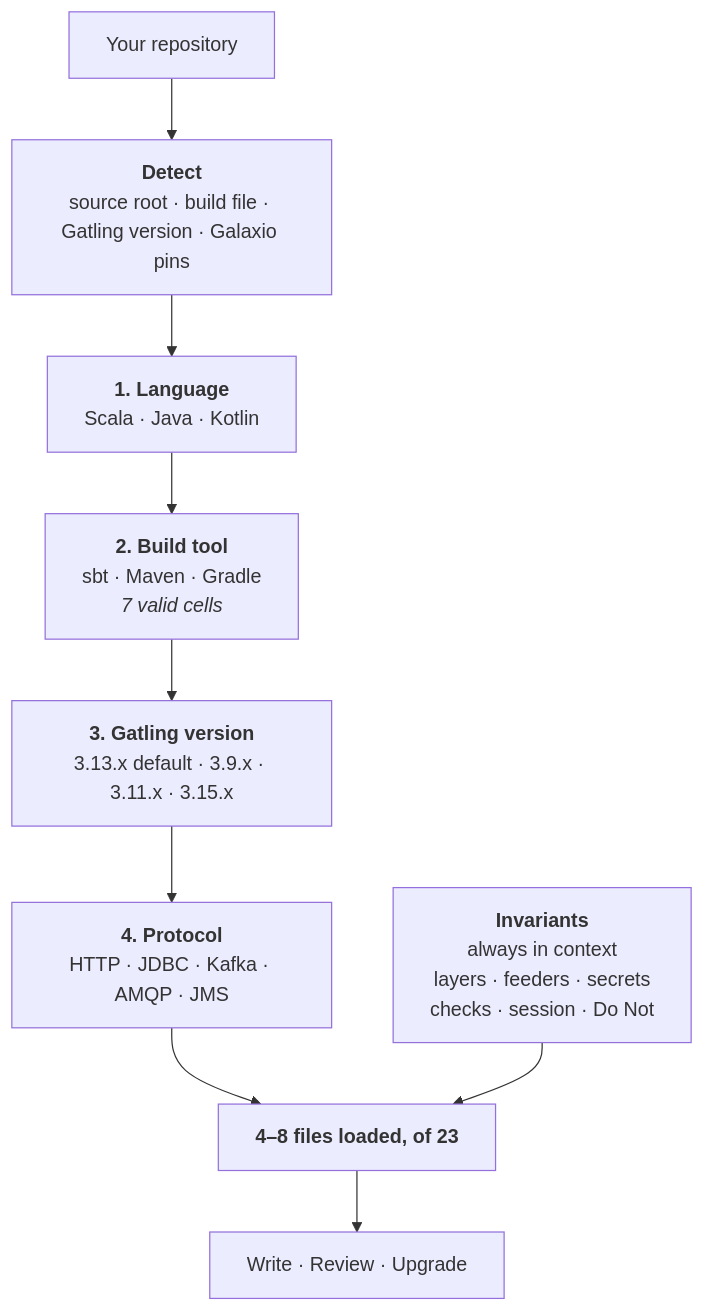
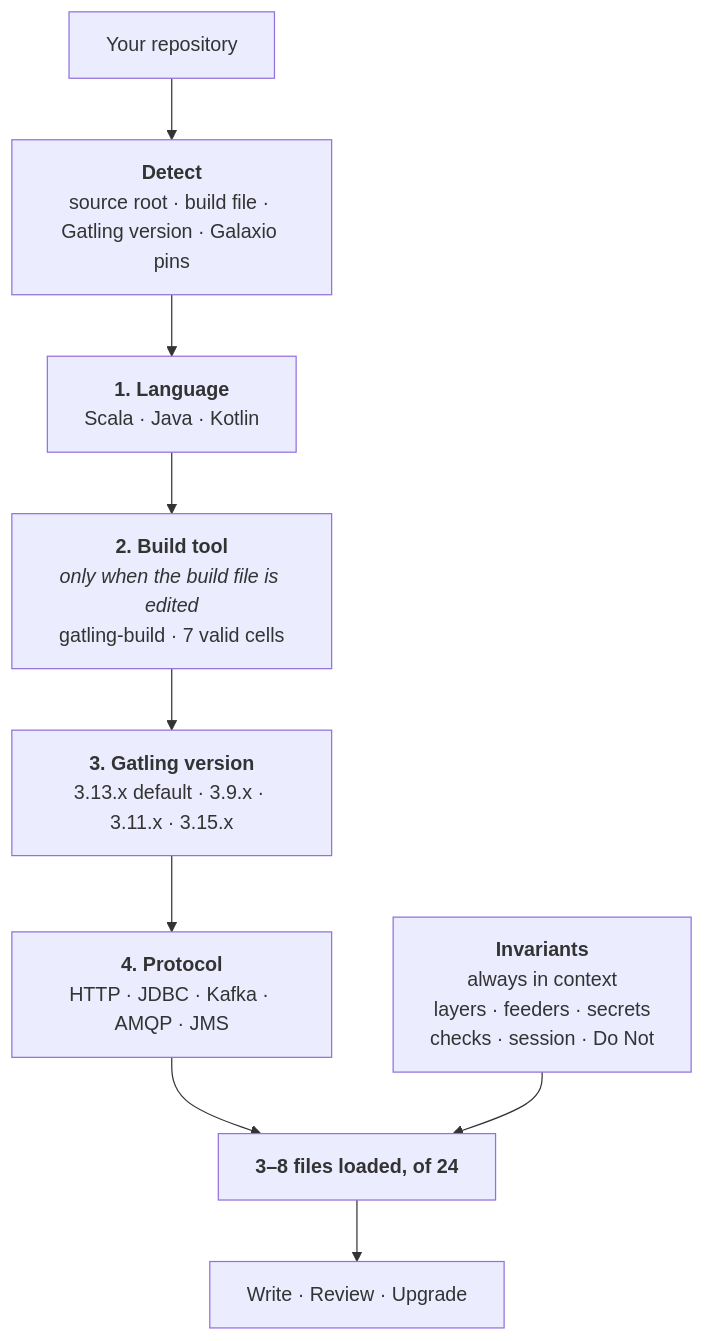
The diagram in plugins/galaxio-gatling/README.md (galax-io/ai-plugins), drawn with Mermaid before and after one commit. The commit also changed other lines of this file and 27 other files, not shown here.

````diff
--- a/plugins/galaxio-gatling/README.md
+++ b/plugins/galaxio-gatling/README.md
@@ -71,16 +72,16 @@
 ```mermaid
 flowchart TD
     REPO["Your repository"] --> DET
 
     DET["<b>Detect</b><br/>source root · build file · Gatling version · Galaxio pins"]
 
     DET --> L["<b>1. Language</b><br/>Scala · Java · Kotlin"]
-    L --> B["<b>2. Build tool</b><br/>sbt · Maven · Gradle<br/><i>7 valid cells</i>"]
+    L --> B["<b>2. Build tool</b><br/><i>only when the build file is edited</i><br/>gatling-build · 7 valid cells"]
     B --> V["<b>3. Gatling version</b><br/>3.13.x default · 3.9.x · 3.11.x · 3.15.x"]
     V --> P["<b>4. Protocol</b><br/>HTTP · JDBC · Kafka · AMQP · JMS"]
 
-    P --> OUT["<b>4–8 files loaded, of 23</b>"]
+    P --> OUT["<b>3–8 files loaded, of 24</b>"]
     INV["<b>Invariants</b><br/>always in context<br/>layers · feeders · secrets<br/>checks · session · Do Not"] --> OUT
 
     OUT --> WORK["Write · Review · Upgrade"]
 ```
````
